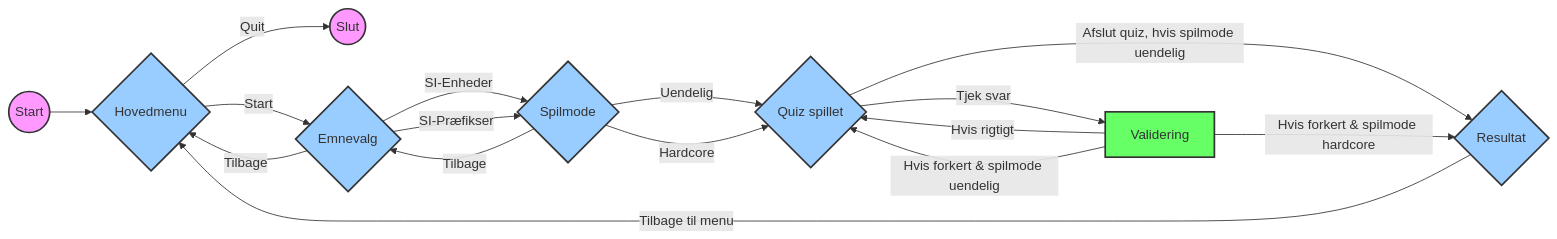
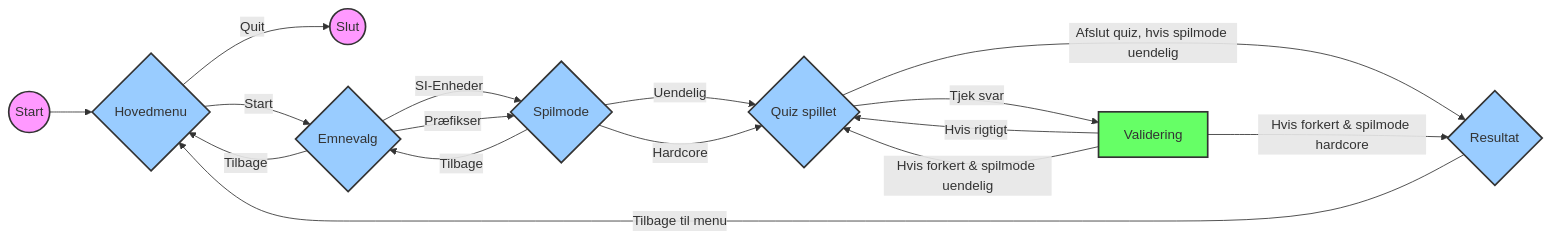
Before and after one commit to mjdvisualz/fysik-quiz-app: the second of 2 diagrams in README.md, drawn with Mermaid. The commit also changed other lines of this file, not shown here.

````diff
--- a/README.md
+++ b/README.md
@@ -39,27 +39,27 @@
 ```mermaid
 graph LR
     style A fill:#f9f,stroke:#333,stroke-width:2px
     style D fill:#f9f,stroke:#333,stroke-width:2px
     style B fill:#9cf,stroke:#333,stroke-width:2px
     style C fill:#9cf,stroke:#333,stroke-width:2px
     style E fill:#9cf,stroke:#333,stroke-width:2px
     style F fill:#9cf,stroke:#333,stroke-width:2px
     style G fill:#6f6,stroke:#333,stroke-width:2px
     style H fill:#9cf,stroke:#333,stroke-width:2px
 
     A((Start)) --> B{Hovedmenu}
     B --> |Start| C{Emnevalg}
     B --> |Quit| D((Slut)) 
     C --> |SI-Enheder| E{Spilmode}
-    C --> |SI-Præfikser| E
+    C --> |Præfikser| E
     C --> |Tilbage| B
     E --> |Uendelig| F{Quiz spillet}
     E --> |Hardcore| F
     E --> |Tilbage| C
     F --> |Tjek svar| G[Validering]
     F --> |Afslut quiz, hvis spilmode uendelig| H{Resultat}
     G --> |Hvis rigtigt| F
     G --> |Hvis forkert & spilmode uendelig| F
     G --> |Hvis forkert & spilmode hardcore| H
     H --> |Tilbage til menu| B
 ```
````
